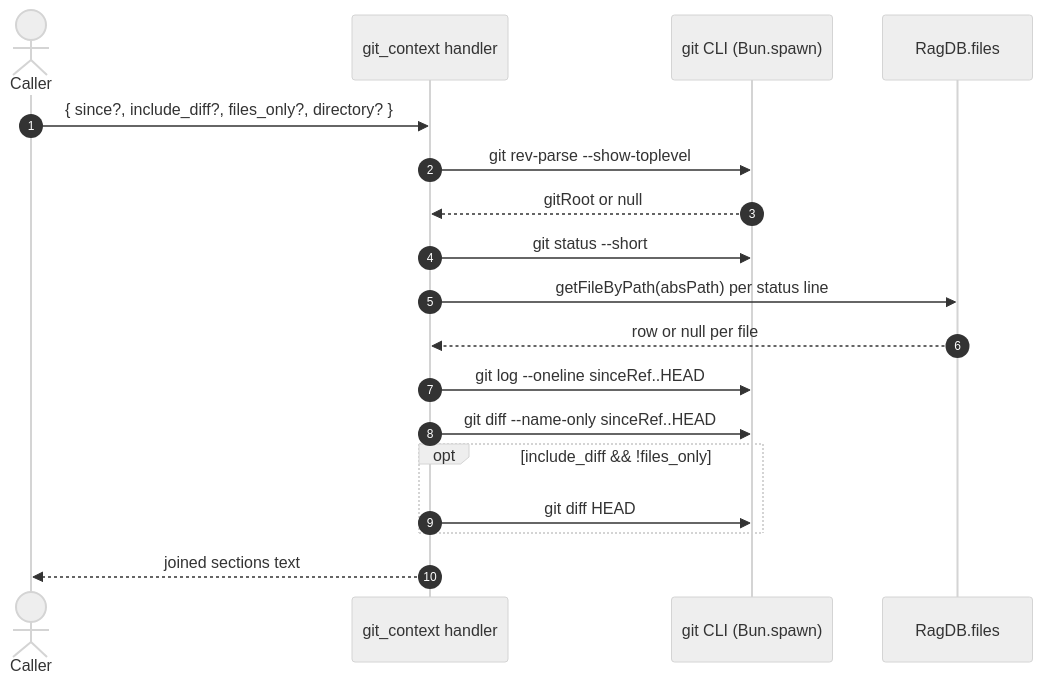
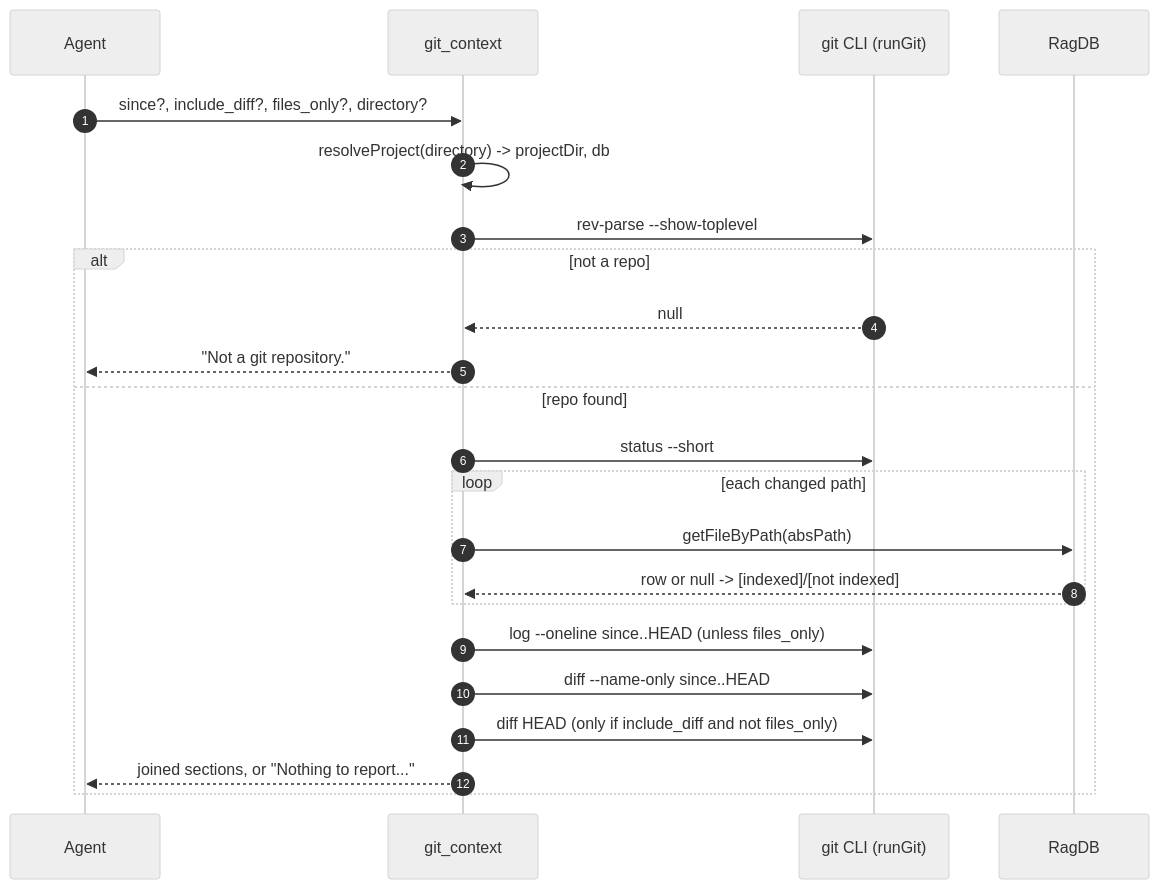
One commit to TheWinci/mimirs changed the diagram in wiki/tools/git-context.md. Above: the diagram before and after it, drawn with Mermaid (neutral theme). The commit also changed other lines of this file and 52 other files, not shown here.

````diff
--- a/wiki/tools/git-context.md
+++ b/wiki/tools/git-context.md
@@ -9,20 +36,25 @@
 ```mermaid
 sequenceDiagram
     autonumber
-    actor Caller
-    participant Handler as git_context handler
-    participant Git as git CLI (Bun.spawn)
-    participant DB as RagDB.files
-    Caller->>Handler: { since?, include_diff?, files_only?, directory? }
-    Handler->>Git: git rev-parse --show-toplevel
-    Git-->>Handler: gitRoot or null
-    Handler->>Git: git status --short
-    Handler->>DB: getFileByPath(absPath) per status line
-    DB-->>Handler: row or null per file
-    Handler->>Git: git log --oneline sinceRef..HEAD
-    Handler->>Git: git diff --name-only sinceRef..HEAD
-    opt include_diff && !files_only
-        Handler->>Git: git diff HEAD
+    participant Agent
+    participant Tool as git_context
+    participant Git as git CLI (runGit)
+    participant DB as RagDB
+    Agent->>Tool: since?, include_diff?, files_only?, directory?
+    Tool->>Tool: resolveProject(directory) -> projectDir, db
+    Tool->>Git: rev-parse --show-toplevel
+    alt not a repo
+        Git-->>Tool: null
+        Tool-->>Agent: "Not a git repository."
+    else repo found
+        Tool->>Git: status --short
+        loop each changed path
+            Tool->>DB: getFileByPath(absPath)
+            DB-->>Tool: row or null -> [indexed]/[not indexed]
+        end
+        Tool->>Git: log --oneline since..HEAD (unless files_only)
+        Tool->>Git: diff --name-only since..HEAD
+        Tool->>Git: diff HEAD (only if include_diff and not files_only)
+        Tool-->>Agent: joined sections, or "Nothing to report..."
     end
-    Handler-->>Caller: joined sections text
 ```
````
